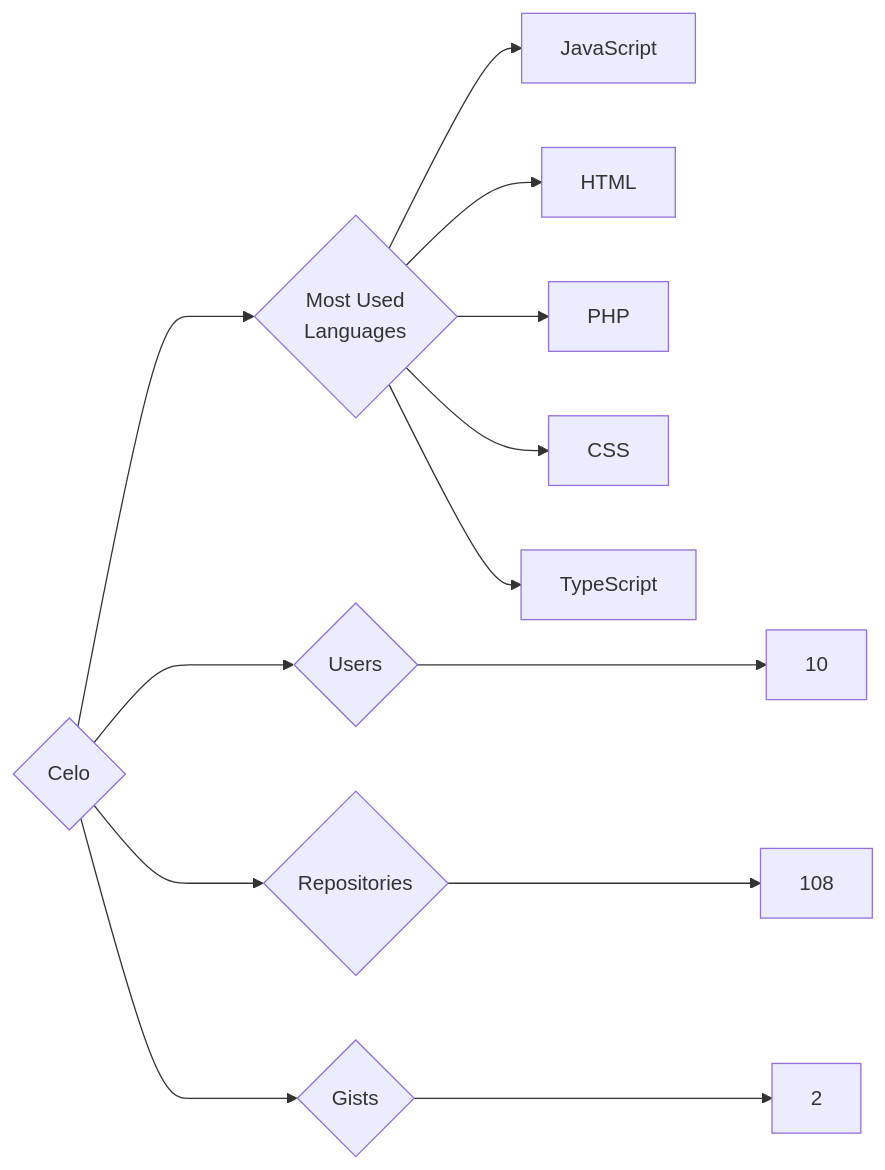
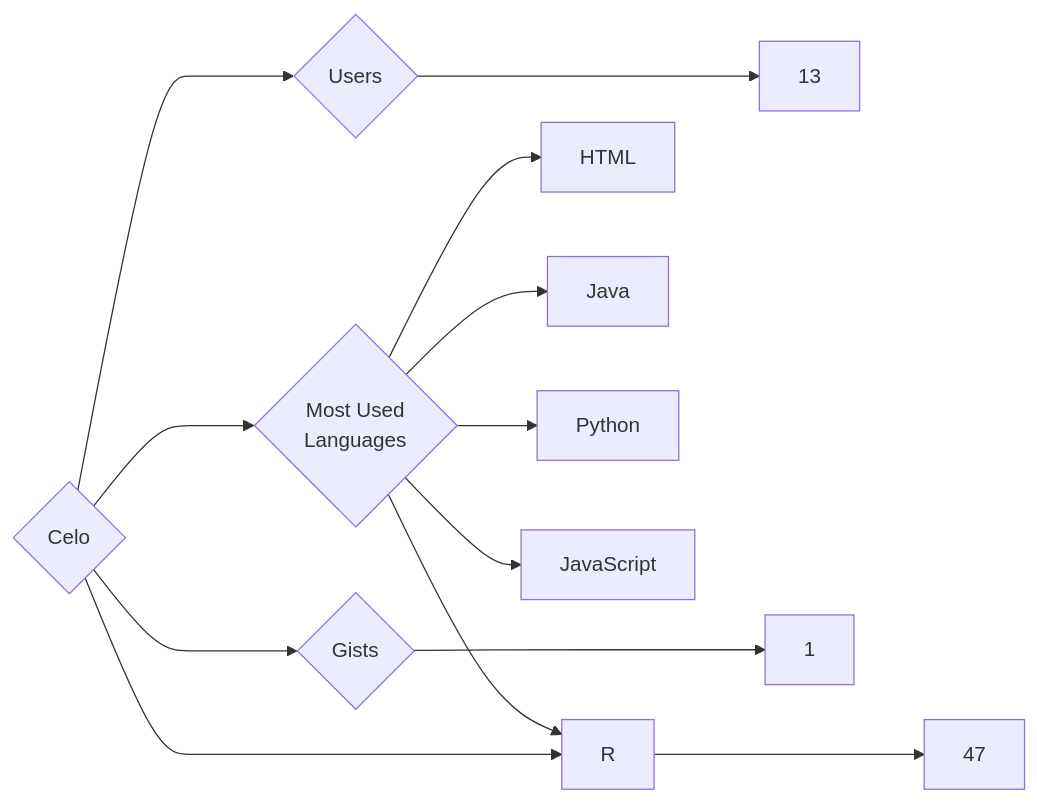
The diagram in targets/Celo/README.md (trickest/insiders), drawn with Mermaid before and after one commit. The commit also changed 895 other files, not shown here.

````diff
--- a/targets/Celo/README.md
+++ b/targets/Celo/README.md
@@ -3,13 +3,13 @@
 ```mermaid
 graph LR
 COMPANY_NAME{Celo}
-COMPANY_NAME ---> U{Users} ---> UN[10]
-COMPANY_NAME ---> R{Repositories} ---> RN[108]
-COMPANY_NAME ---> G{Gists} ---> GN[2]
+COMPANY_NAME ---> U{Users} ---> UN[13]
+COMPANY_NAME ---> R{Repositories} ---> RN[47]
+COMPANY_NAME ---> G{Gists} ---> GN[1]
 COMPANY_NAME ---> ML{Most Used<br>Languages}
+ML --> HTML[HTML]
+ML --> Java[Java]
+ML --> Python[Python]
 ML --> JavaScript[JavaScript]
-ML --> HTML[HTML]
-ML --> PHP[PHP]
-ML --> CSS[CSS]
-ML --> TypeScript[TypeScript]
+ML --> R[R]
 ```
````
